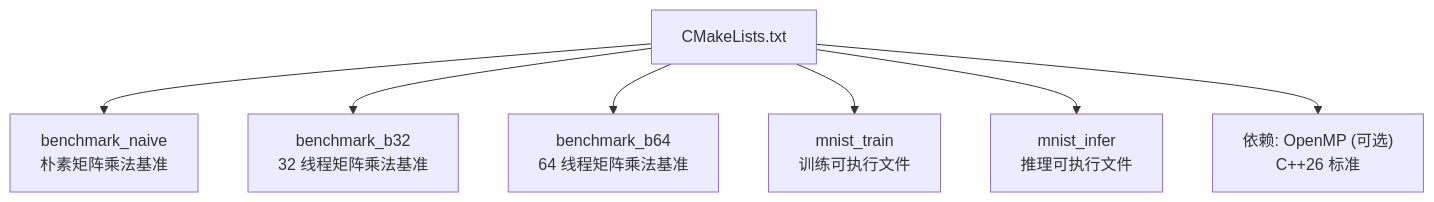
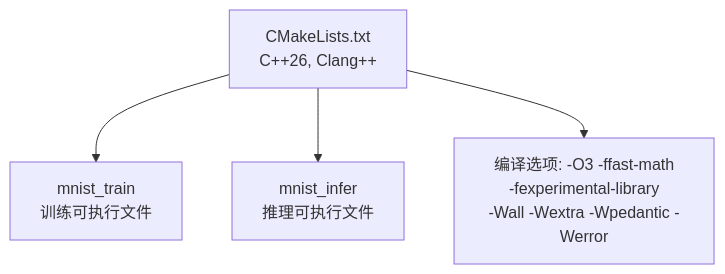
Diagram 12 of 13 in ARCHITECTURE.md (EthanPeng-2048/neuralnet.cpp), drawn with Mermaid before and after one commit. The commit also changed other lines of this file and 2 other files, not shown here.

````diff
--- a/ARCHITECTURE.md
+++ b/ARCHITECTURE.md
@@ -351,9 +382,6 @@
 ```mermaid
 flowchart TD
-    CMAKE["CMakeLists.txt"] --> OPT1["benchmark_naive<br/>朴素矩阵乘法基准"]
-    CMAKE --> OPT2["benchmark_b32<br/>32 线程矩阵乘法基准"]
-    CMAKE --> OPT3["benchmark_b64<br/>64 线程矩阵乘法基准"]
-    CMAKE --> TARGET1["mnist_train<br/>训练可执行文件"]
+    CMAKE["CMakeLists.txt<br/>C++26, Clang++"] --> TARGET1["mnist_train<br/>训练可执行文件"]
     CMAKE --> TARGET2["mnist_infer<br/>推理可执行文件"]
-    CMAKE --> DEPS["依赖: OpenMP (可选)<br/>C++26 标准"]
+    CMAKE --> DEPS["编译选项: -O3 -ffast-math<br/>-fexperimental-library<br/>-Wall -Wextra -Wpedantic -Werror"]
 ```
````
